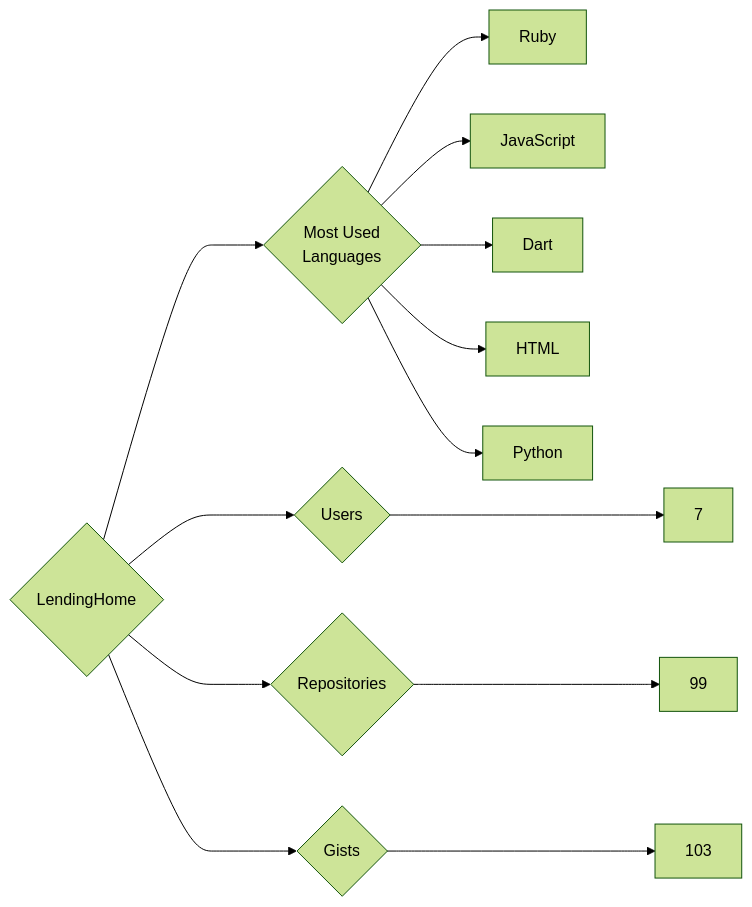
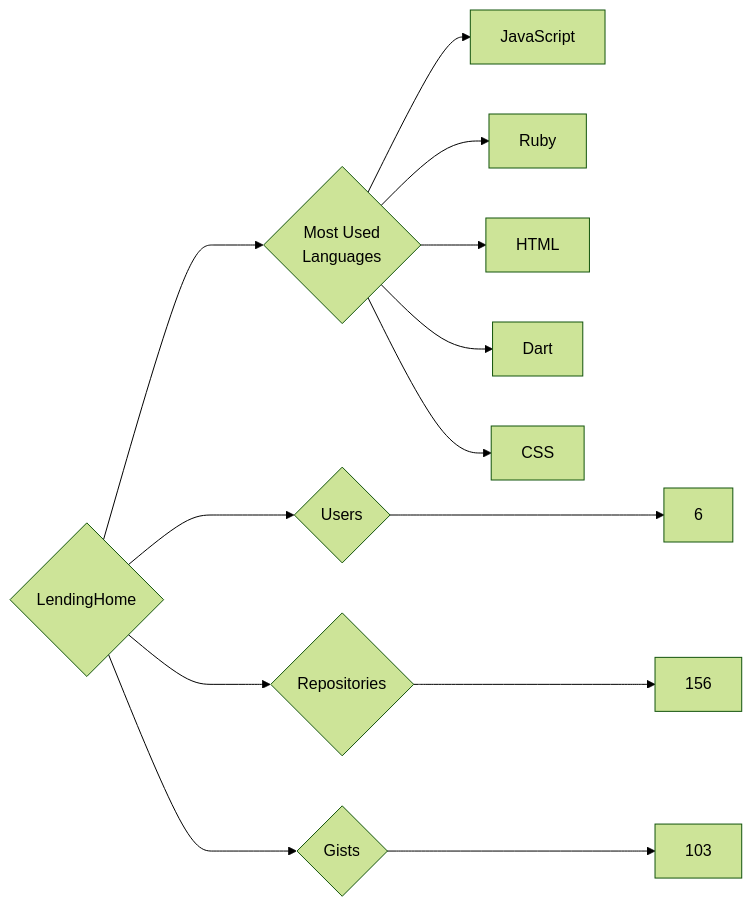
Before and after one commit to trickest/insiders: the diagram in targets/LendingHome/README.md, drawn with Mermaid (forest theme). The commit also changed 679 other files, not shown here.

````diff
--- a/targets/LendingHome/README.md
+++ b/targets/LendingHome/README.md
@@ -3,13 +3,13 @@
 ```mermaid
 graph LR
 COMPANY_NAME{LendingHome}
-COMPANY_NAME ---> U{Users} ---> UN[7]
-COMPANY_NAME ---> R{Repositories} ---> RN[99]
+COMPANY_NAME ---> U{Users} ---> UN[6]
+COMPANY_NAME ---> R{Repositories} ---> RN[156]
 COMPANY_NAME ---> G{Gists} ---> GN[103]
 COMPANY_NAME ---> ML{Most Used<br>Languages}
+ML --> JavaScript[JavaScript]
 ML --> Ruby[Ruby]
-ML --> JavaScript[JavaScript]
+ML --> HTML[HTML]
 ML --> Dart[Dart]
-ML --> HTML[HTML]
-ML --> Python[Python]
+ML --> CSS[CSS]
 ```
````
